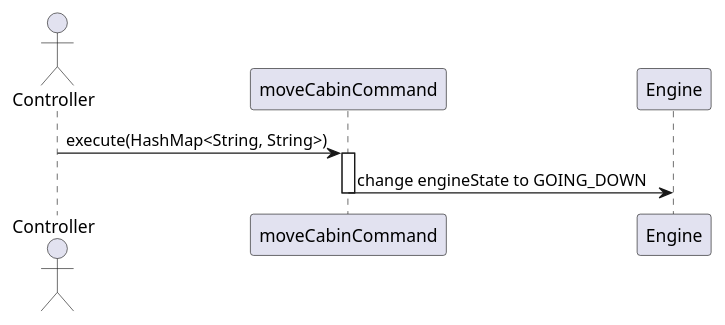
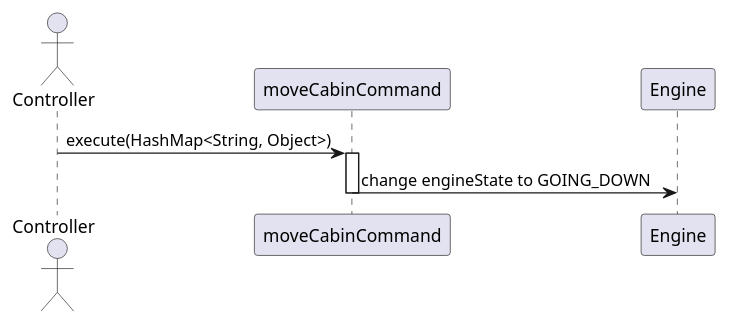
The diagram in src/documentation/command/moveCabinCommand.puml (WhiteSnakeE/ElevatorDriver), drawn with PlantUML before and after one commit. The commit also changed 6 other files, not shown here.

Commit message:
E23-17 value in HashMap in execute was changed to Object

```diff
--- a/src/documentation/command/moveCabinCommand.puml
+++ b/src/documentation/command/moveCabinCommand.puml
@@ -1,10 +1,10 @@
 @startuml
 
 actor Controller
 
-Controller -> moveCabinCommand: execute(HashMap<String, String>)
+Controller -> moveCabinCommand: execute(HashMap<String, Object>)
 activate moveCabinCommand
 moveCabinCommand -> Engine: change engineState to GOING_DOWN
 deactivate moveCabinCommand
 
 @enduml
```
